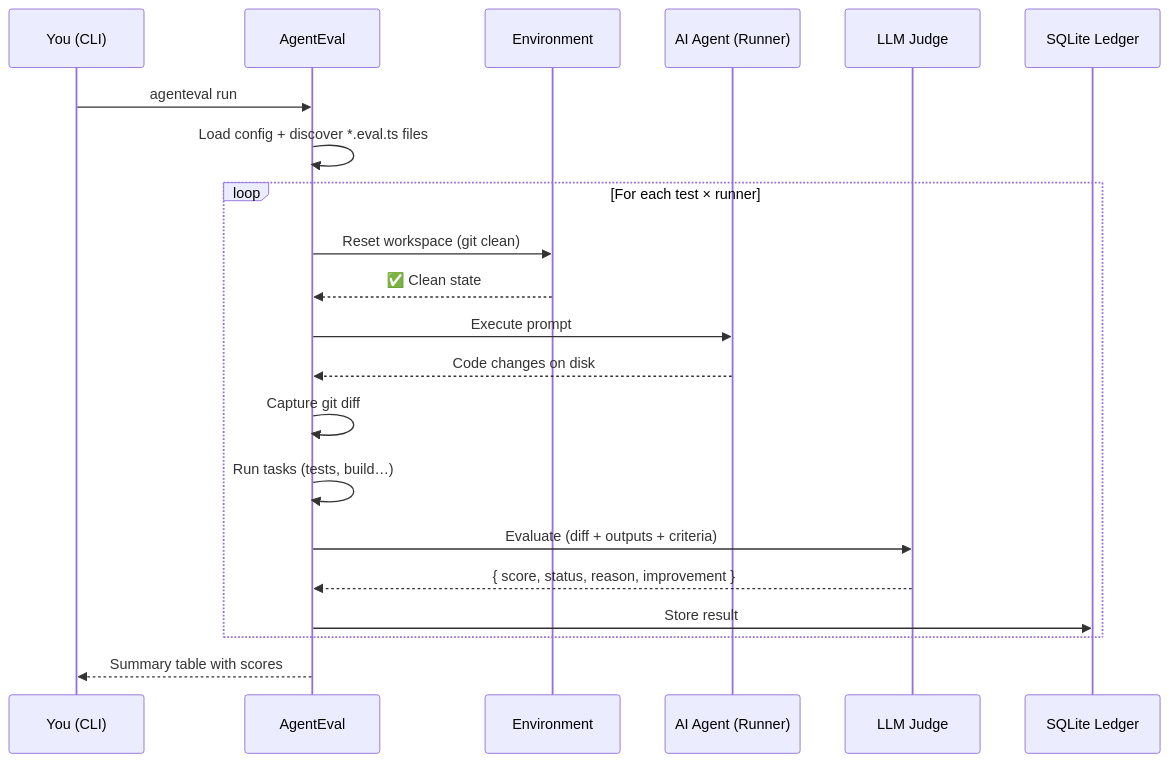
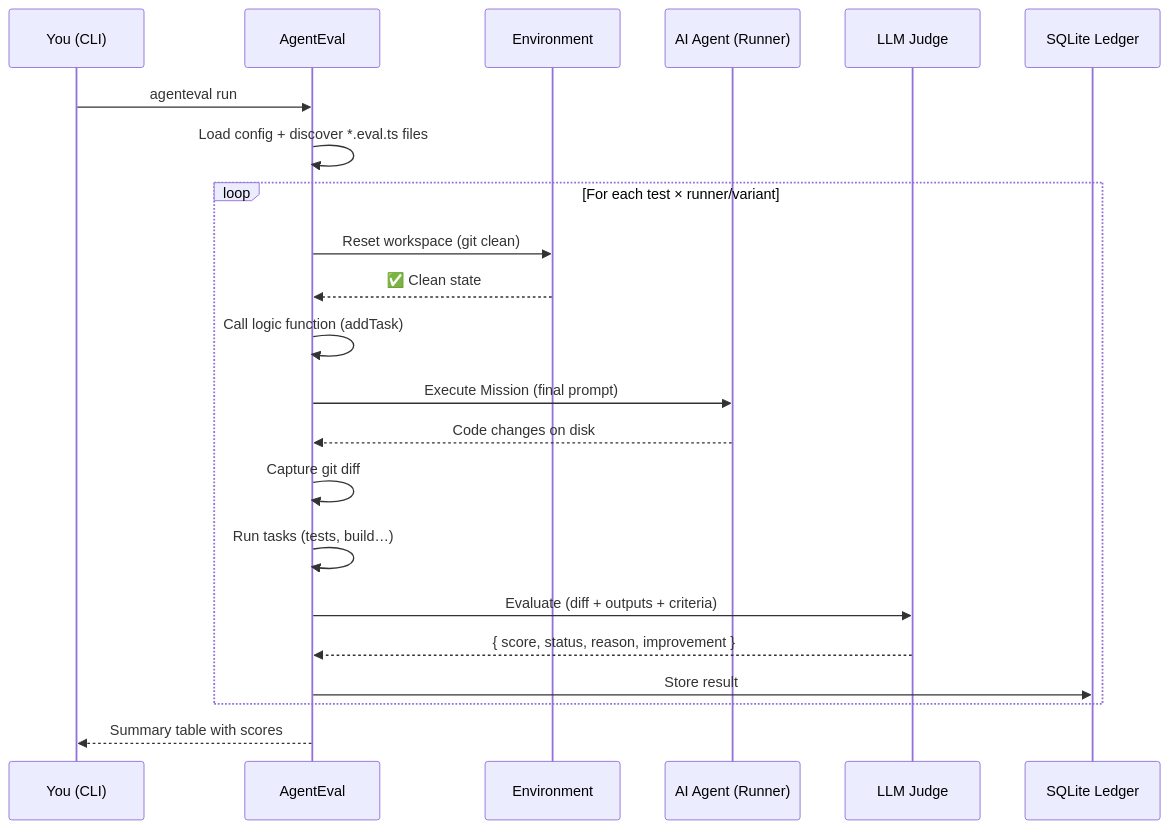
Before and after one commit to Tlahey/agent-eval: the third of 3 diagrams in apps/docs/guide/introduction.md, drawn with Mermaid. The commit also changed other lines of this file and 59 other files, not shown here.

Commit message:
chore(release): final sync for mission-based testing and experiments

````diff
--- a/apps/docs/guide/introduction.md
+++ b/apps/docs/guide/introduction.md
@@ -173,26 +91,27 @@
 ```mermaid
 sequenceDiagram
     participant CLI as You (CLI)
     participant AE as AgentEval
     participant ENV as Environment
     participant AGENT as AI Agent (Runner)
     participant JUDGE as LLM Judge
     participant DB as SQLite Ledger
 
     CLI->>AE: agenteval run
     AE->>AE: Load config + discover *.eval.ts files
 
-    loop For each test × runner
+    loop For each test × runner/variant
         AE->>ENV: Reset workspace (git clean)
         ENV-->>AE: ✅ Clean state
-        AE->>AGENT: Execute prompt
+        AE->>AE: Call logic function (addTask)
+        AE->>AGENT: Execute Mission (final prompt)
         AGENT-->>AE: Code changes on disk
         AE->>AE: Capture git diff
         AE->>AE: Run tasks (tests, build…)
         AE->>JUDGE: Evaluate (diff + outputs + criteria)
         JUDGE-->>AE: { score, status, reason, improvement }
         AE->>DB: Store result
     end
 
     AE-->>CLI: Summary table with scores
 ```
````
